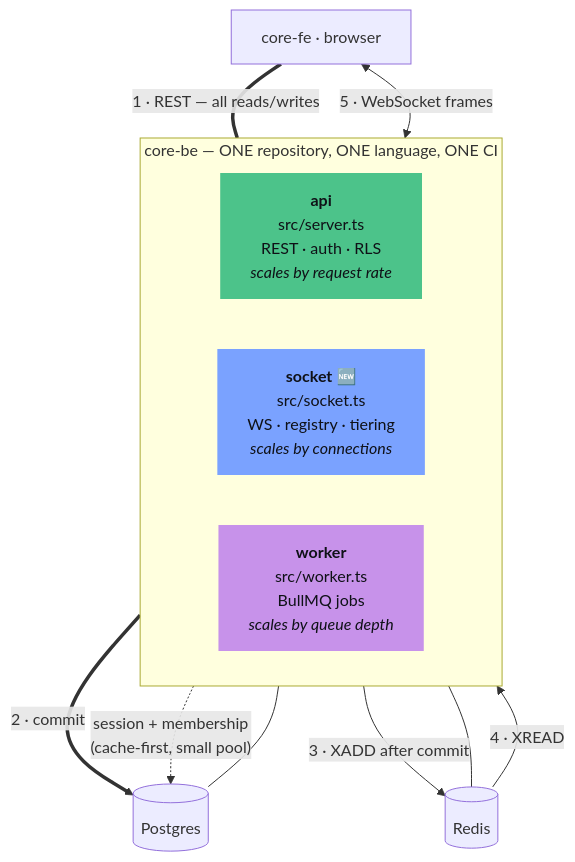
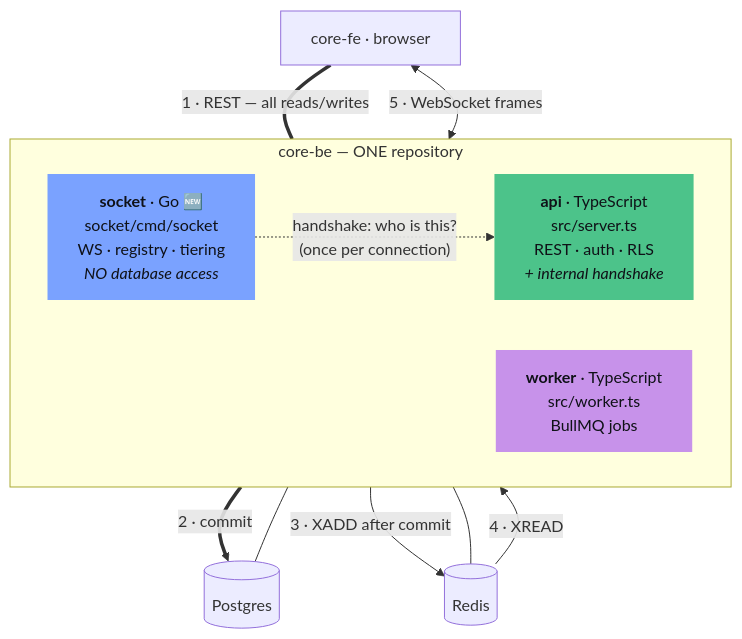
The first of 6 diagrams in docs/reference/architecture/realtime-in-core-be-plan.md (nikunjmavani/core-be), drawn with Mermaid before and after one commit. The commit also changed other lines of this file, not shown here.

First line of the commit message:
docs: rework the plan for a Go socket service inside the core-be repo

````diff
--- a/docs/reference/architecture/realtime-in-core-be-plan.md
+++ b/docs/reference/architecture/realtime-in-core-be-plan.md
@@ -44,28 +114,27 @@
 ```mermaid
 flowchart TB
   FE["core-fe · browser"]
 
-  subgraph REPO["core-be — ONE repository, ONE language, ONE CI"]
+  subgraph REPO["core-be — ONE repository"]
     direction LR
-    API["<b>api</b><br/>src/server.ts<br/>REST · auth · RLS<br/><i>scales by request rate</i>"]
-    SOCK["<b>socket</b> 🆕<br/>src/socket.ts<br/>WS · registry · tiering<br/><i>scales by connections</i>"]
-    WORK["<b>worker</b><br/>src/worker.ts<br/>BullMQ jobs<br/><i>scales by queue depth</i>"]
+    API["<b>api</b> · TypeScript<br/>src/server.ts<br/>REST · auth · RLS<br/><i>+ internal handshake</i>"]
+    SOCK["<b>socket</b> · Go 🆕<br/>socket/cmd/socket<br/>WS · registry · tiering<br/><i>NO database access</i>"]
+    WORK["<b>worker</b> · TypeScript<br/>src/worker.ts<br/>BullMQ jobs"]
   end
 
   PG[("Postgres")]
   RD[("Redis")]
 
   FE ===|"1 · REST — all reads/writes"| API
   FE <-->|"5 · WebSocket frames"| SOCK
-
   API ==>|"2 · commit"| PG
   API -->|"3 · XADD after commit"| RD
   RD -->|"4 · XREAD"| SOCK
-  SOCK -.->|"session + membership<br/>(cache-first, small pool)"| PG
+  SOCK -.->|"handshake: who is this?<br/>(once per connection)"| API
   WORK --- RD
   WORK --- PG
 
   style SOCK fill:#7aa2ff,color:#0f1117,stroke:none
   style API fill:#4cc38a,color:#0f1117,stroke:none
   style WORK fill:#c792ea,color:#0f1117,stroke:none
 ```
````
